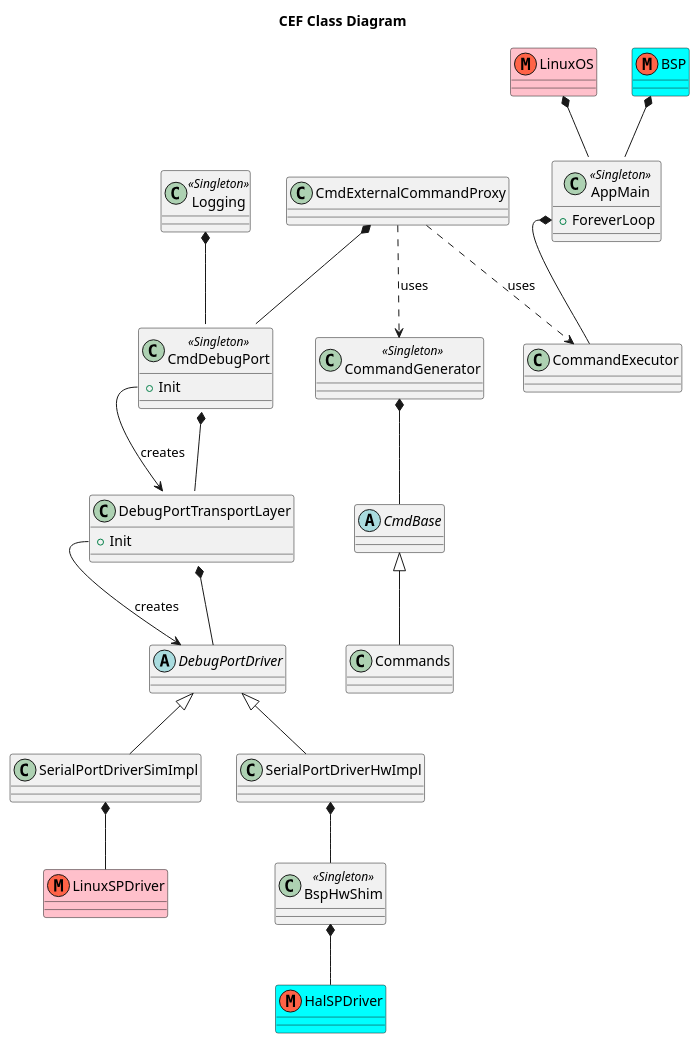
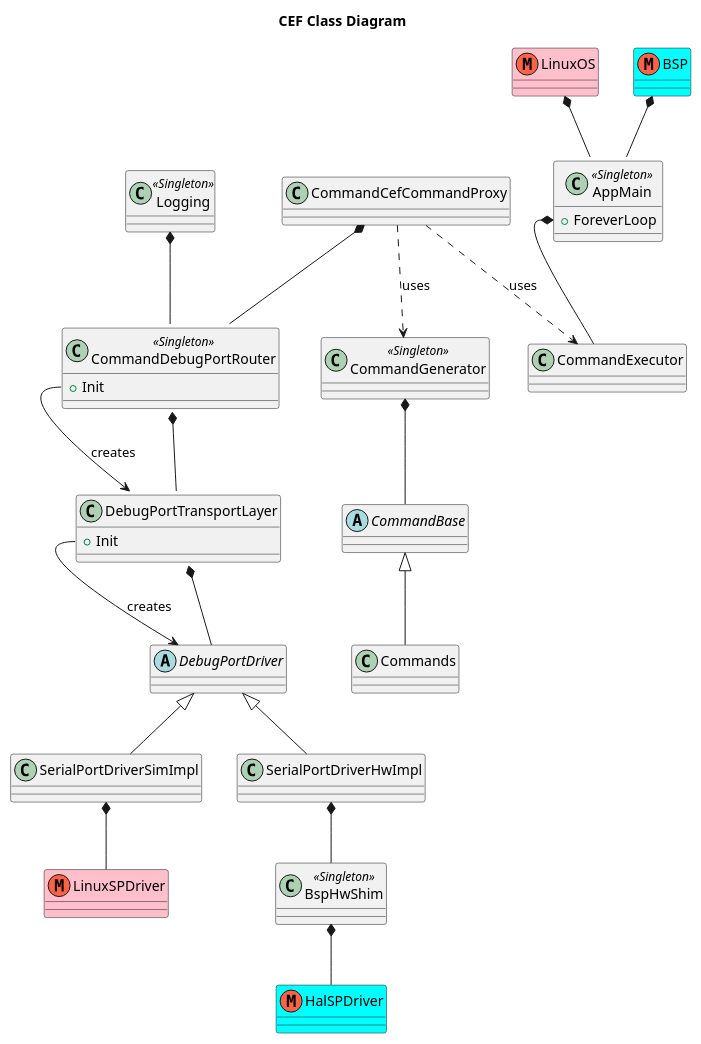
The diagram in Docs/ProjectDocs/DocsSource/CefClassDiagram.puml (Syncroness-Inc/cef), drawn with PlantUML before and after one commit. The commit also changed 5 other files, not shown here.

Commit message:
updated docs, instantiated Transport layer

```diff
--- a/Docs/ProjectDocs/DocsSource/CefClassDiagram.puml
+++ b/Docs/ProjectDocs/DocsSource/CefClassDiagram.puml
@@ -1,55 +1,55 @@
 @startuml
 title CEF Class Diagram
 
-abstract CmdBase
+abstract CommandBase
 abstract DebugPortDriver
 
 class AppMain << Singleton >>
 class Logging << Singleton >>
 class BspHwShim<< Singleton >>
-class CmdDebugPort << Singleton >>
+class CommandDebugPortRouter << Singleton >>
 class CommandGenerator << Singleton >>
 class LinuxSPDriver << (M, Tomato) >> #pink
 class LinuxOS << (M, Tomato) >> #pink
 class HalSPDriver << (M, Tomato) >> #aqua
 class BSP << (M, Tomato) >> #aqua
 
 class AppMain {
 + ForeverLoop
 }
 
-class CmdDebugPort {
+class CommandDebugPortRouter {
 + Init
 }
 
 class DebugPortTransportLayer {
 + Init
 }
 
 LinuxOS *-- AppMain
 BSP *-- AppMain
 
 
 AppMain::Forever *-- CommandExecutor
 
 
-CommandGenerator *-- CmdBase
-CmdBase <|-- Commands
+CommandGenerator *-- CommandBase
+CommandBase <|-- Commands
 
-CmdExternalCommandProxy -[dashed]-> CommandGenerator : uses 
-CmdExternalCommandProxy -[dashed]-> CommandExecutor: uses
+CommandCefCommandProxy -[dashed]-> CommandGenerator : uses 
+CommandCefCommandProxy -[dashed]-> CommandExecutor: uses
 
 
-CmdExternalCommandProxy *-- CmdDebugPort
-Logging *-- CmdDebugPort
-CmdDebugPort::Init --> DebugPortTransportLayer : creates
-CmdDebugPort *-- DebugPortTransportLayer
+CommandCefCommandProxy *-- CommandDebugPortRouter
+Logging *-- CommandDebugPortRouter
+CommandDebugPortRouter::Init --> DebugPortTransportLayer : creates
+CommandDebugPortRouter *-- DebugPortTransportLayer
 DebugPortTransportLayer::Init --> DebugPortDriver : creates
 DebugPortTransportLayer *-- DebugPortDriver
 
 DebugPortDriver <|-- SerialPortDriverSimImpl
 SerialPortDriverSimImpl *-- LinuxSPDriver
 DebugPortDriver <|-- SerialPortDriverHwImpl
 SerialPortDriverHwImpl*-- BspHwShim
 BspHwShim*-- HalSPDriver
 @enduml
```
